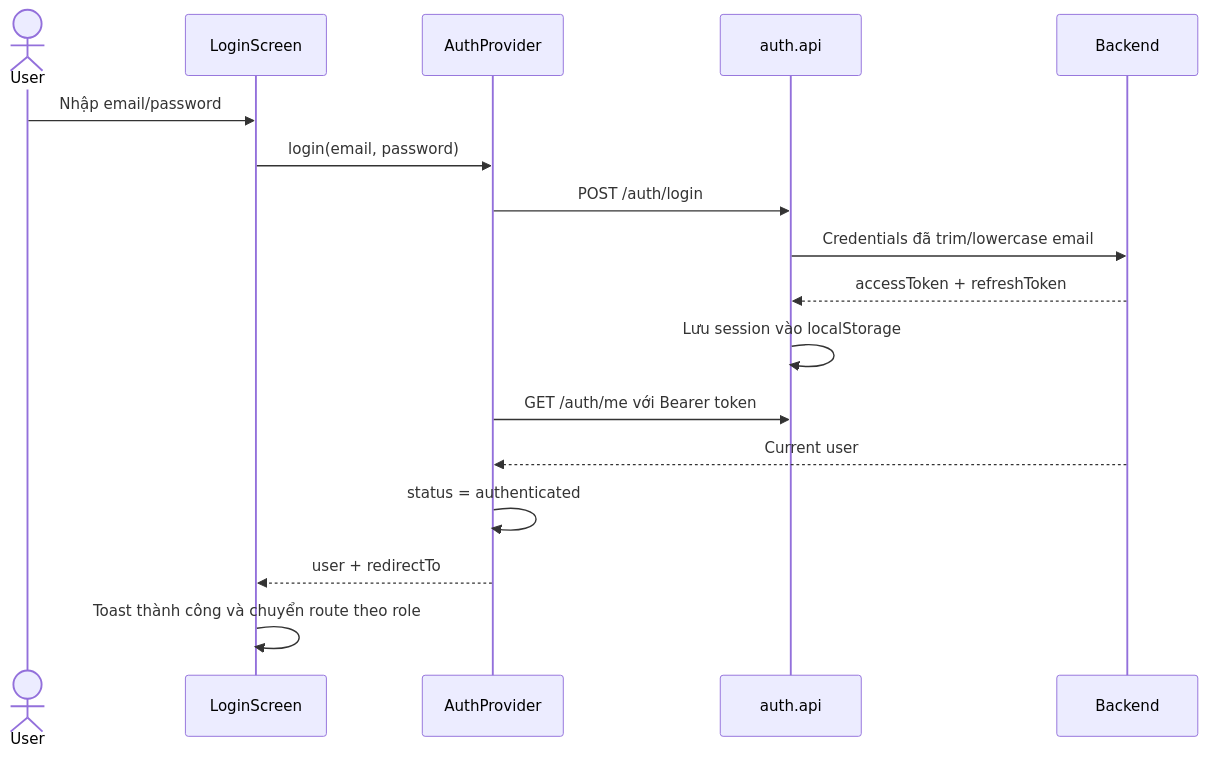
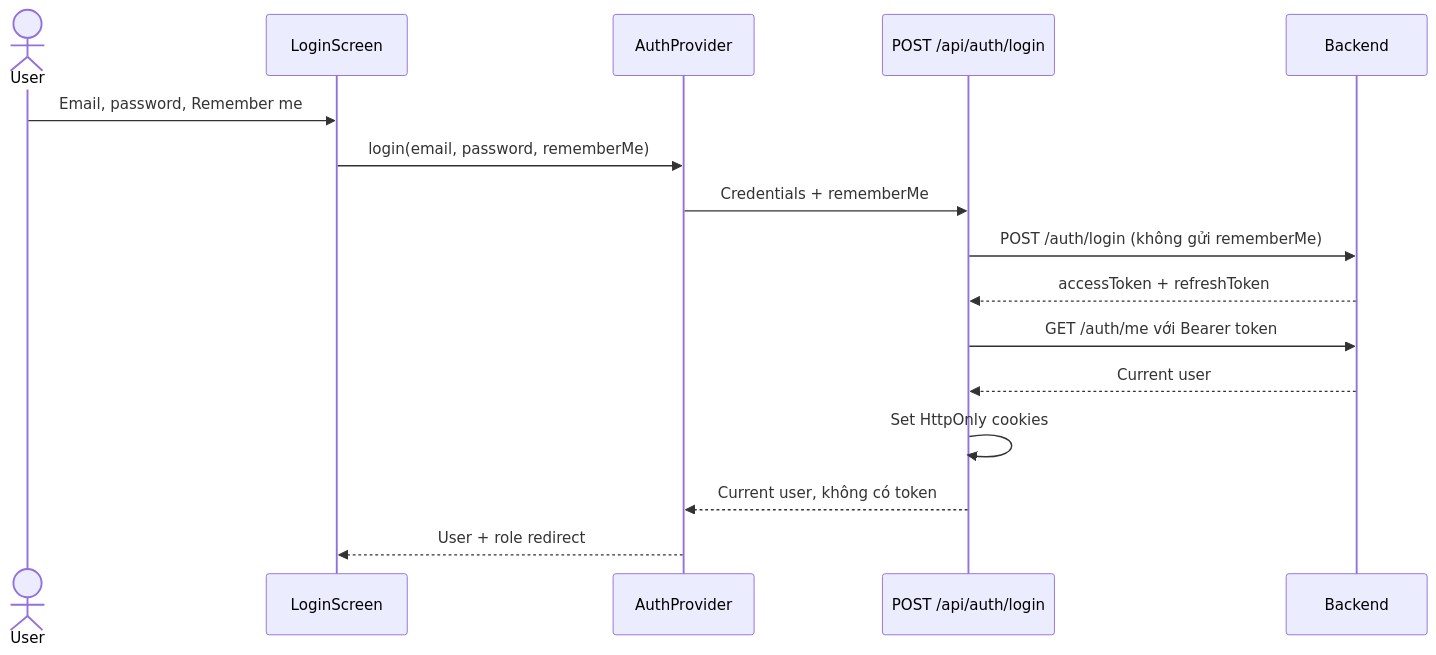
One commit to Scilab-alpha/Scilab changed the second of 3 diagrams in apps/web/docs/feature-based-architecture-and-auth.md. Above: the diagram before and after it, drawn with Mermaid. The commit also changed other lines of this file and 50 other files, not shown here.

Commit message:
feat(auth): implement BFF for FE and redesign UI

````diff
--- a/apps/web/docs/feature-based-architecture-and-auth.md
+++ b/apps/web/docs/feature-based-architecture-and-auth.md
@@ -190,20 +141,19 @@
 ```mermaid
 sequenceDiagram
     actor User
     participant UI as LoginScreen
     participant Auth as AuthProvider
-    participant API as auth.api
+    participant BFF as POST /api/auth/login
     participant BE as Backend
 
-    User->>UI: Nhập email/password
-    UI->>Auth: login(email, password)
-    Auth->>API: POST /auth/login
-    API->>BE: Credentials đã trim/lowercase email
-    BE-->>API: accessToken + refreshToken
-    API->>API: Lưu session vào localStorage
-    Auth->>API: GET /auth/me với Bearer token
-    BE-->>Auth: Current user
-    Auth->>Auth: status = authenticated
-    Auth-->>UI: user + redirectTo
-    UI->>UI: Toast thành công và chuyển route theo role
+    User->>UI: Email, password, Remember me
+    UI->>Auth: login(email, password, rememberMe)
+    Auth->>BFF: Credentials + rememberMe
+    BFF->>BE: POST /auth/login (không gửi rememberMe)
+    BE-->>BFF: accessToken + refreshToken
+    BFF->>BE: GET /auth/me với Bearer token
+    BE-->>BFF: Current user
+    BFF->>BFF: Set HttpOnly cookies
+    BFF-->>Auth: Current user, không có token
+    Auth-->>UI: User + role redirect
 ```
````
